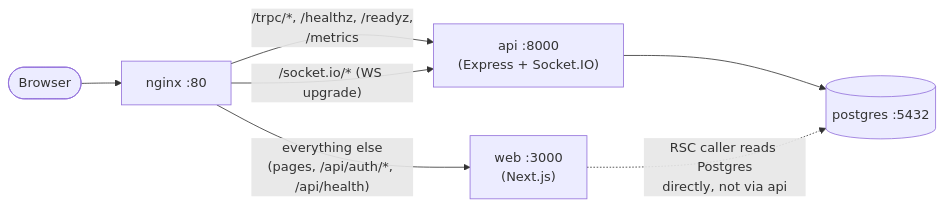
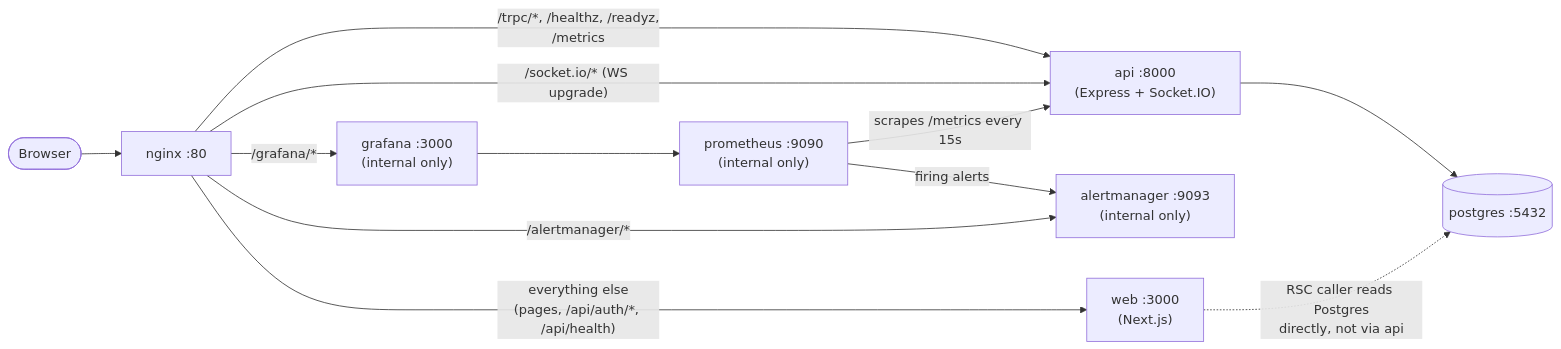
The diagram in README.md (eemartinez97/taskflow), drawn with Mermaid before and after one commit. The commit also changed other lines of this file and 49 other files, not shown here.

First line of the commit message:
feat(observability): Prometheus/Grafana/Alertmanager stack + business metrics (#87)

````diff
--- a/README.md
+++ b/README.md
@@ -59,15 +63,23 @@
 ```mermaid
 flowchart LR
     client(["Browser"])
     nginx["nginx :80"]
     web["web :3000<br/>(Next.js)"]
     api["api :8000<br/>(Express + Socket.IO)"]
     postgres[("postgres :5432")]
+    prometheus["prometheus :9090<br/>(internal only)"]
+    grafana["grafana :3000<br/>(internal only)"]
+    alertmanager["alertmanager :9093<br/>(internal only)"]
 
     client --> nginx
     nginx -- "/trpc/*, /healthz, /readyz,<br/>/metrics" --> api
     nginx -- "/socket.io/* (WS upgrade)" --> api
+    nginx -- "/grafana/*" --> grafana
+    nginx -- "/alertmanager/*" --> alertmanager
     nginx -- "everything else<br/>(pages, /api/auth/*, /api/health)" --> web
     api --> postgres
     web -. "RSC caller reads Postgres<br/>directly, not via api" .-> postgres
+    prometheus -- "scrapes /metrics every 15s" --> api
+    prometheus -- "firing alerts" --> alertmanager
+    grafana --> prometheus
 ```
````
